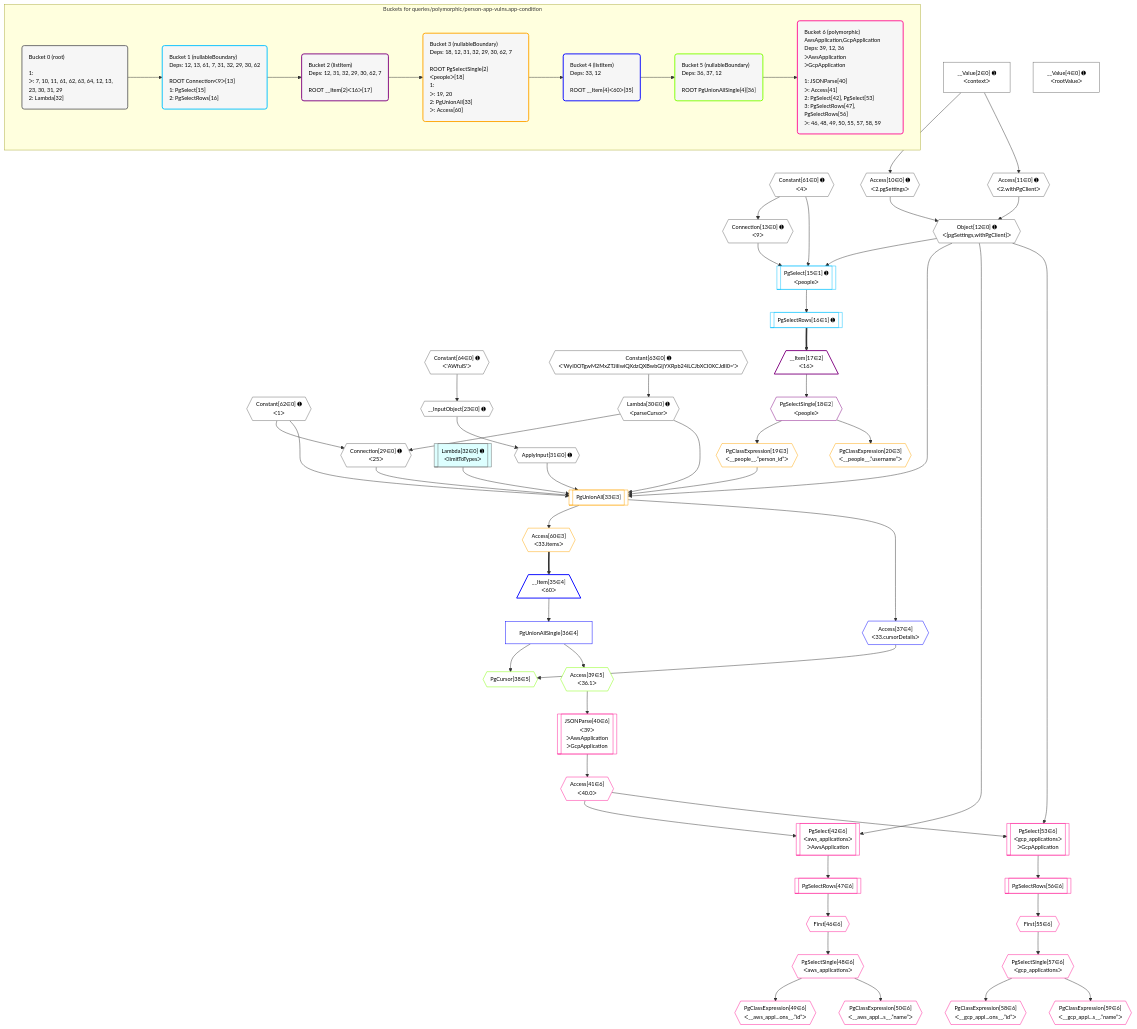
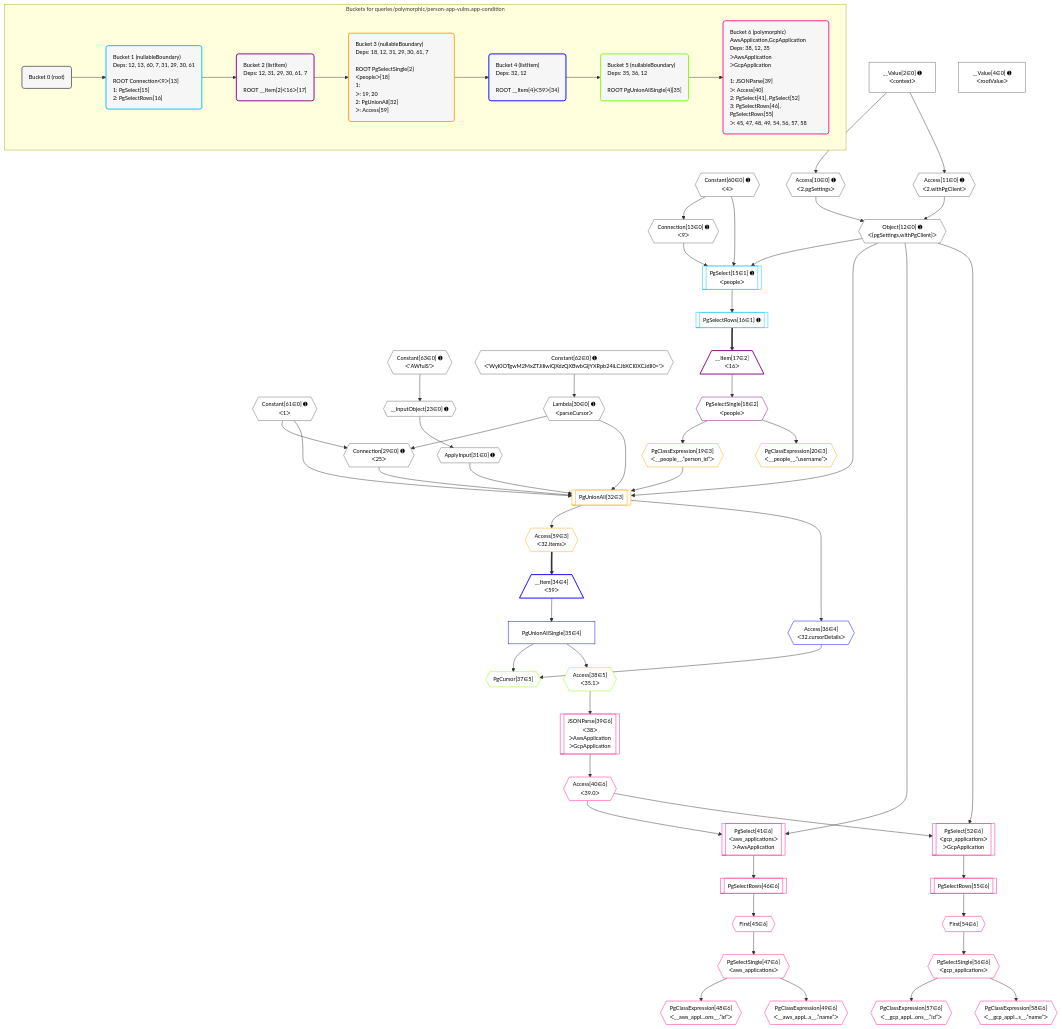
One commit to graphile/crystal changed the diagram in postgraphile/postgraphile/__tests__/queries/polymorphic/person-app-vulns.app-condition.mermaid. Above: the diagram before and after it, drawn with Mermaid. The commit also changed 13 other files, not shown here.

```diff
--- a/postgraphile/postgraphile/__tests__/queries/polymorphic/person-app-vulns.app-condition.mermaid
+++ b/postgraphile/postgraphile/__tests__/queries/polymorphic/person-app-vulns.app-condition.mermaid
@@ -1,120 +1,119 @@
 %%{init: {'themeVariables': { 'fontSize': '12px'}}}%%
 graph TD
     classDef path fill:#eee,stroke:#000,color:#000
     classDef plan fill:#fff,stroke-width:1px,color:#000
     classDef itemplan fill:#fff,stroke-width:2px,color:#000
     classDef unbatchedplan fill:#dff,stroke-width:1px,color:#000
     classDef sideeffectplan fill:#fcc,stroke-width:2px,color:#000
     classDef bucket fill:#f6f6f6,color:#000,stroke-width:2px,text-align:left
 
 
     %% plan dependencies
     Connection29{{"Connection[29∈0] ➊<br />ᐸ25ᐳ"}}:::plan
-    Constant62{{"Constant[62∈0] ➊<br />ᐸ1ᐳ"}}:::plan
+    Constant61{{"Constant[61∈0] ➊<br />ᐸ1ᐳ"}}:::plan
     Lambda30{{"Lambda[30∈0] ➊<br />ᐸparseCursorᐳ"}}:::plan
-    Constant62 & Lambda30 --> Connection29
+    Constant61 & Lambda30 --> Connection29
     Connection13{{"Connection[13∈0] ➊<br />ᐸ9ᐳ"}}:::plan
-    Constant61{{"Constant[61∈0] ➊<br />ᐸ4ᐳ"}}:::plan
-    Constant61 --> Connection13
+    Constant60{{"Constant[60∈0] ➊<br />ᐸ4ᐳ"}}:::plan
+    Constant60 --> Connection13
     Object12{{"Object[12∈0] ➊<br />ᐸ{pgSettings,withPgClient}ᐳ"}}:::plan
     Access10{{"Access[10∈0] ➊<br />ᐸ2.pgSettingsᐳ"}}:::plan
     Access11{{"Access[11∈0] ➊<br />ᐸ2.withPgClientᐳ"}}:::plan
     Access10 & Access11 --> Object12
     __InputObject23{{"__InputObject[23∈0] ➊"}}:::plan
-    Constant64{{"Constant[64∈0] ➊<br />ᐸ'AWfulS'ᐳ"}}:::plan
-    Constant64 --> __InputObject23
+    Constant63{{"Constant[63∈0] ➊<br />ᐸ'AWfulS'ᐳ"}}:::plan
+    Constant63 --> __InputObject23
     __Value2["__Value[2∈0] ➊<br />ᐸcontextᐳ"]:::plan
     __Value2 --> Access10
     __Value2 --> Access11
-    Constant63{{"Constant[63∈0] ➊<br />ᐸ'WyI0OTgwM2MxZTJiIiwiQXdzQXBwbGljYXRpb24iLCJbXCI0XCJdIl0='ᐳ"}}:::plan
-    Constant63 --> Lambda30
+    Constant62{{"Constant[62∈0] ➊<br />ᐸ'WyI0OTgwM2MxZTJiIiwiQXdzQXBwbGljYXRpb24iLCJbXCI0XCJdIl0='ᐳ"}}:::plan
+    Constant62 --> Lambda30
     ApplyInput31{{"ApplyInput[31∈0] ➊"}}:::plan
     __InputObject23 --> ApplyInput31
-    Lambda32[["Lambda[32∈0] ➊<br />ᐸlimitToTypesᐳ"]]:::unbatchedplan
     __Value4["__Value[4∈0] ➊<br />ᐸrootValueᐳ"]:::plan
     PgSelect15[["PgSelect[15∈1] ➊<br />ᐸpeopleᐳ"]]:::plan
-    Object12 & Connection13 & Constant61 --> PgSelect15
+    Object12 & Connection13 & Constant60 --> PgSelect15
     PgSelectRows16[["PgSelectRows[16∈1] ➊"]]:::plan
     PgSelect15 --> PgSelectRows16
     __Item17[/"__Item[17∈2]<br />ᐸ16ᐳ"\]:::itemplan
     PgSelectRows16 ==> __Item17
     PgSelectSingle18{{"PgSelectSingle[18∈2]<br />ᐸpeopleᐳ"}}:::plan
     __Item17 --> PgSelectSingle18
-    PgUnionAll33[["PgUnionAll[33∈3]"]]:::plan
+    PgUnionAll32[["PgUnionAll[32∈3]"]]:::plan
     PgClassExpression19{{"PgClassExpression[19∈3]<br />ᐸ__people__.”person_id”ᐳ"}}:::plan
-    Object12 & PgClassExpression19 & ApplyInput31 & Lambda32 & Connection29 & Lambda30 & Constant62 --> PgUnionAll33
+    Object12 & PgClassExpression19 & ApplyInput31 & Connection29 & Lambda30 & Constant61 --> PgUnionAll32
     PgSelectSingle18 --> PgClassExpression19
     PgClassExpression20{{"PgClassExpression[20∈3]<br />ᐸ__people__.”username”ᐳ"}}:::plan
     PgSelectSingle18 --> PgClassExpression20
-    Access60{{"Access[60∈3]<br />ᐸ33.itemsᐳ"}}:::plan
-    PgUnionAll33 --> Access60
-    __Item35[/"__Item[35∈4]<br />ᐸ60ᐳ"\]:::itemplan
-    Access60 ==> __Item35
-    PgUnionAllSingle36["PgUnionAllSingle[36∈4]"]:::plan
-    __Item35 --> PgUnionAllSingle36
-    Access37{{"Access[37∈4]<br />ᐸ33.cursorDetailsᐳ"}}:::plan
-    PgUnionAll33 --> Access37
-    PgCursor38{{"PgCursor[38∈5]"}}:::plan
-    PgUnionAllSingle36 & Access37 --> PgCursor38
-    Access39{{"Access[39∈5]<br />ᐸ36.1ᐳ"}}:::plan
-    PgUnionAllSingle36 --> Access39
-    PgSelect42[["PgSelect[42∈6]<br />ᐸaws_applicationsᐳ<br />ᐳAwsApplication"]]:::plan
-    Access41{{"Access[41∈6]<br />ᐸ40.0ᐳ"}}:::plan
-    Object12 & Access41 --> PgSelect42
-    PgSelect53[["PgSelect[53∈6]<br />ᐸgcp_applicationsᐳ<br />ᐳGcpApplication"]]:::plan
-    Object12 & Access41 --> PgSelect53
-    JSONParse40[["JSONParse[40∈6]<br />ᐸ39ᐳ<br />ᐳAwsApplication<br />ᐳGcpApplication"]]:::plan
-    Access39 --> JSONParse40
-    JSONParse40 --> Access41
-    First46{{"First[46∈6]"}}:::plan
-    PgSelectRows47[["PgSelectRows[47∈6]"]]:::plan
-    PgSelectRows47 --> First46
-    PgSelect42 --> PgSelectRows47
-    PgSelectSingle48{{"PgSelectSingle[48∈6]<br />ᐸaws_applicationsᐳ"}}:::plan
-    First46 --> PgSelectSingle48
-    PgClassExpression49{{"PgClassExpression[49∈6]<br />ᐸ__aws_appl...ons__.”id”ᐳ"}}:::plan
-    PgSelectSingle48 --> PgClassExpression49
-    PgClassExpression50{{"PgClassExpression[50∈6]<br />ᐸ__aws_appl...s__.”name”ᐳ"}}:::plan
-    PgSelectSingle48 --> PgClassExpression50
-    First55{{"First[55∈6]"}}:::plan
-    PgSelectRows56[["PgSelectRows[56∈6]"]]:::plan
-    PgSelectRows56 --> First55
-    PgSelect53 --> PgSelectRows56
-    PgSelectSingle57{{"PgSelectSingle[57∈6]<br />ᐸgcp_applicationsᐳ"}}:::plan
-    First55 --> PgSelectSingle57
-    PgClassExpression58{{"PgClassExpression[58∈6]<br />ᐸ__gcp_appl...ons__.”id”ᐳ"}}:::plan
-    PgSelectSingle57 --> PgClassExpression58
-    PgClassExpression59{{"PgClassExpression[59∈6]<br />ᐸ__gcp_appl...s__.”name”ᐳ"}}:::plan
-    PgSelectSingle57 --> PgClassExpression59
+    Access59{{"Access[59∈3]<br />ᐸ32.itemsᐳ"}}:::plan
+    PgUnionAll32 --> Access59
+    __Item34[/"__Item[34∈4]<br />ᐸ59ᐳ"\]:::itemplan
+    Access59 ==> __Item34
+    PgUnionAllSingle35["PgUnionAllSingle[35∈4]"]:::plan
+    __Item34 --> PgUnionAllSingle35
+    Access36{{"Access[36∈4]<br />ᐸ32.cursorDetailsᐳ"}}:::plan
+    PgUnionAll32 --> Access36
+    PgCursor37{{"PgCursor[37∈5]"}}:::plan
+    PgUnionAllSingle35 & Access36 --> PgCursor37
+    Access38{{"Access[38∈5]<br />ᐸ35.1ᐳ"}}:::plan
+    PgUnionAllSingle35 --> Access38
+    PgSelect41[["PgSelect[41∈6]<br />ᐸaws_applicationsᐳ<br />ᐳAwsApplication"]]:::plan
+    Access40{{"Access[40∈6]<br />ᐸ39.0ᐳ"}}:::plan
+    Object12 & Access40 --> PgSelect41
+    PgSelect52[["PgSelect[52∈6]<br />ᐸgcp_applicationsᐳ<br />ᐳGcpApplication"]]:::plan
+    Object12 & Access40 --> PgSelect52
+    JSONParse39[["JSONParse[39∈6]<br />ᐸ38ᐳ<br />ᐳAwsApplication<br />ᐳGcpApplication"]]:::plan
+    Access38 --> JSONParse39
+    JSONParse39 --> Access40
+    First45{{"First[45∈6]"}}:::plan
+    PgSelectRows46[["PgSelectRows[46∈6]"]]:::plan
+    PgSelectRows46 --> First45
+    PgSelect41 --> PgSelectRows46
+    PgSelectSingle47{{"PgSelectSingle[47∈6]<br />ᐸaws_applicationsᐳ"}}:::plan
+    First45 --> PgSelectSingle47
+    PgClassExpression48{{"PgClassExpression[48∈6]<br />ᐸ__aws_appl...ons__.”id”ᐳ"}}:::plan
+    PgSelectSingle47 --> PgClassExpression48
+    PgClassExpression49{{"PgClassExpression[49∈6]<br />ᐸ__aws_appl...s__.”name”ᐳ"}}:::plan
+    PgSelectSingle47 --> PgClassExpression49
+    First54{{"First[54∈6]"}}:::plan
+    PgSelectRows55[["PgSelectRows[55∈6]"]]:::plan
+    PgSelectRows55 --> First54
+    PgSelect52 --> PgSelectRows55
+    PgSelectSingle56{{"PgSelectSingle[56∈6]<br />ᐸgcp_applicationsᐳ"}}:::plan
+    First54 --> PgSelectSingle56
+    PgClassExpression57{{"PgClassExpression[57∈6]<br />ᐸ__gcp_appl...ons__.”id”ᐳ"}}:::plan
+    PgSelectSingle56 --> PgClassExpression57
+    PgClassExpression58{{"PgClassExpression[58∈6]<br />ᐸ__gcp_appl...s__.”name”ᐳ"}}:::plan
+    PgSelectSingle56 --> PgClassExpression58
 
     %% define steps
 
     subgraph "Buckets for queries/polymorphic/person-app-vulns.app-condition"
-    Bucket0("Bucket 0 (root)<br /><br />1: <br />ᐳ: 7, 10, 11, 61, 62, 63, 64, 12, 13, 23, 30, 31, 29<br />2: Lambda[32]"):::bucket
+    Bucket0("Bucket 0 (root)"):::bucket
     classDef bucket0 stroke:#696969
-    class Bucket0,__Value2,__Value4,Access10,Access11,Object12,Connection13,__InputObject23,Connection29,Lambda30,ApplyInput31,Lambda32,Constant61,Constant62,Constant63,Constant64 bucket0
-    Bucket1("Bucket 1 (nullableBoundary)<br />Deps: 12, 13, 61, 7, 31, 32, 29, 30, 62<br /><br />ROOT Connectionᐸ9ᐳ[13]<br />1: PgSelect[15]<br />2: PgSelectRows[16]"):::bucket
+    class Bucket0,__Value2,__Value4,Access10,Access11,Object12,Connection13,__InputObject23,Connection29,Lambda30,ApplyInput31,Constant60,Constant61,Constant62,Constant63 bucket0
+    Bucket1("Bucket 1 (nullableBoundary)<br />Deps: 12, 13, 60, 7, 31, 29, 30, 61<br /><br />ROOT Connectionᐸ9ᐳ[13]<br />1: PgSelect[15]<br />2: PgSelectRows[16]"):::bucket
     classDef bucket1 stroke:#00bfff
     class Bucket1,PgSelect15,PgSelectRows16 bucket1
-    Bucket2("Bucket 2 (listItem)<br />Deps: 12, 31, 32, 29, 30, 62, 7<br /><br />ROOT __Item{2}ᐸ16ᐳ[17]"):::bucket
+    Bucket2("Bucket 2 (listItem)<br />Deps: 12, 31, 29, 30, 61, 7<br /><br />ROOT __Item{2}ᐸ16ᐳ[17]"):::bucket
     classDef bucket2 stroke:#7f007f
     class Bucket2,__Item17,PgSelectSingle18 bucket2
-    Bucket3("Bucket 3 (nullableBoundary)<br />Deps: 18, 12, 31, 32, 29, 30, 62, 7<br /><br />ROOT PgSelectSingle{2}ᐸpeopleᐳ[18]<br />1: <br />ᐳ: 19, 20<br />2: PgUnionAll[33]<br />ᐳ: Access[60]"):::bucket
+    Bucket3("Bucket 3 (nullableBoundary)<br />Deps: 18, 12, 31, 29, 30, 61, 7<br /><br />ROOT PgSelectSingle{2}ᐸpeopleᐳ[18]<br />1: <br />ᐳ: 19, 20<br />2: PgUnionAll[32]<br />ᐳ: Access[59]"):::bucket
     classDef bucket3 stroke:#ffa500
-    class Bucket3,PgClassExpression19,PgClassExpression20,PgUnionAll33,Access60 bucket3
-    Bucket4("Bucket 4 (listItem)<br />Deps: 33, 12<br /><br />ROOT __Item{4}ᐸ60ᐳ[35]"):::bucket
+    class Bucket3,PgClassExpression19,PgClassExpression20,PgUnionAll32,Access59 bucket3
+    Bucket4("Bucket 4 (listItem)<br />Deps: 32, 12<br /><br />ROOT __Item{4}ᐸ59ᐳ[34]"):::bucket
     classDef bucket4 stroke:#0000ff
-    class Bucket4,__Item35,PgUnionAllSingle36,Access37 bucket4
-    Bucket5("Bucket 5 (nullableBoundary)<br />Deps: 36, 37, 12<br /><br />ROOT PgUnionAllSingle{4}[36]"):::bucket
+    class Bucket4,__Item34,PgUnionAllSingle35,Access36 bucket4
+    Bucket5("Bucket 5 (nullableBoundary)<br />Deps: 35, 36, 12<br /><br />ROOT PgUnionAllSingle{4}[35]"):::bucket
     classDef bucket5 stroke:#7fff00
-    class Bucket5,PgCursor38,Access39 bucket5
-    Bucket6("Bucket 6 (polymorphic)<br />AwsApplication,GcpApplication<br />Deps: 39, 12, 36<br />ᐳAwsApplication<br />ᐳGcpApplication<br /><br />1: JSONParse[40]<br />ᐳ: Access[41]<br />2: PgSelect[42], PgSelect[53]<br />3: PgSelectRows[47], PgSelectRows[56]<br />ᐳ: 46, 48, 49, 50, 55, 57, 58, 59"):::bucket
+    class Bucket5,PgCursor37,Access38 bucket5
+    Bucket6("Bucket 6 (polymorphic)<br />AwsApplication,GcpApplication<br />Deps: 38, 12, 35<br />ᐳAwsApplication<br />ᐳGcpApplication<br /><br />1: JSONParse[39]<br />ᐳ: Access[40]<br />2: PgSelect[41], PgSelect[52]<br />3: PgSelectRows[46], PgSelectRows[55]<br />ᐳ: 45, 47, 48, 49, 54, 56, 57, 58"):::bucket
     classDef bucket6 stroke:#ff1493
-    class Bucket6,JSONParse40,Access41,PgSelect42,First46,PgSelectRows47,PgSelectSingle48,PgClassExpression49,PgClassExpression50,PgSelect53,First55,PgSelectRows56,PgSelectSingle57,PgClassExpression58,PgClassExpression59 bucket6
+    class Bucket6,JSONParse39,Access40,PgSelect41,First45,PgSelectRows46,PgSelectSingle47,PgClassExpression48,PgClassExpression49,PgSelect52,First54,PgSelectRows55,PgSelectSingle56,PgClassExpression57,PgClassExpression58 bucket6
     Bucket0 --> Bucket1
     Bucket1 --> Bucket2
     Bucket2 --> Bucket3
     Bucket3 --> Bucket4
     Bucket4 --> Bucket5
     Bucket5 --> Bucket6
     end
```
